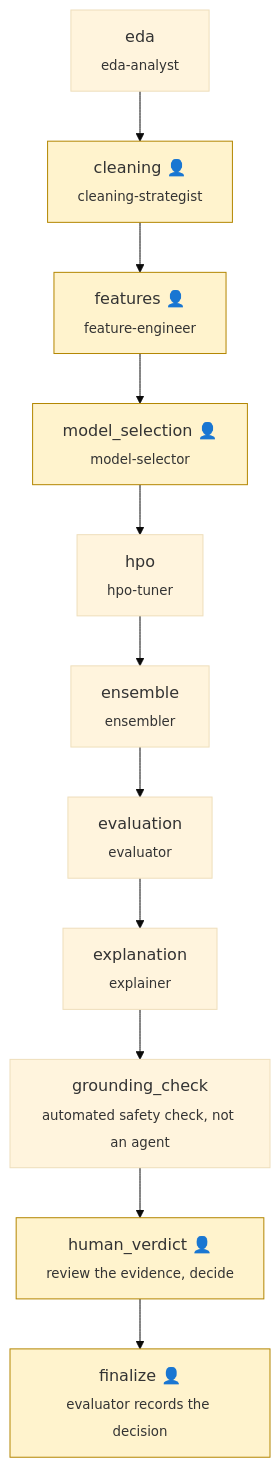
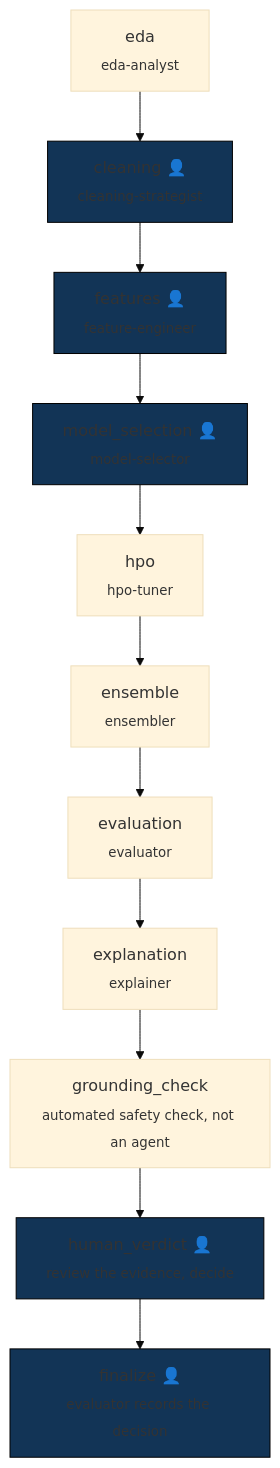
The diagram in README.md (rushikeshdhumal/ml-agent-structured-data), drawn with Mermaid (base theme) before and after one commit.

Commit message:
Update README: flow chart colors for accessibility

````diff
--- a/README.md
+++ b/README.md
@@ -26,19 +26,19 @@
 ```mermaid
 flowchart TD
     EDA["eda<br/><sub>eda-analyst</sub>"]
     CLEAN["cleaning 👤<br/><sub>cleaning-strategist</sub>"]
     FEAT["features 👤<br/><sub>feature-engineer</sub>"]
     SEL["model_selection 👤<br/><sub>model-selector</sub>"]
     HPO["hpo<br/><sub>hpo-tuner</sub>"]
     ENS["ensemble<br/><sub>ensembler</sub>"]
     EVAL["evaluation<br/><sub>evaluator</sub>"]
     EXP["explanation<br/><sub>explainer</sub>"]
     CHECK["grounding_check<br/><sub>automated safety check, not an agent</sub>"]
     VERDICT["human_verdict 👤<br/><sub>review the evidence, decide</sub>"]
     FIN["finalize 👤<br/><sub>evaluator records the decision</sub>"]
 
     EDA --> CLEAN --> FEAT --> SEL --> HPO --> ENS --> EVAL --> EXP --> CHECK --> VERDICT --> FIN
 
-    classDef gate fill:#fff3cd,stroke:#b38600
+    classDef gate fill:#123456,stroke:#000000
     class CLEAN,FEAT,SEL,VERDICT,FIN gate
 ```
````
